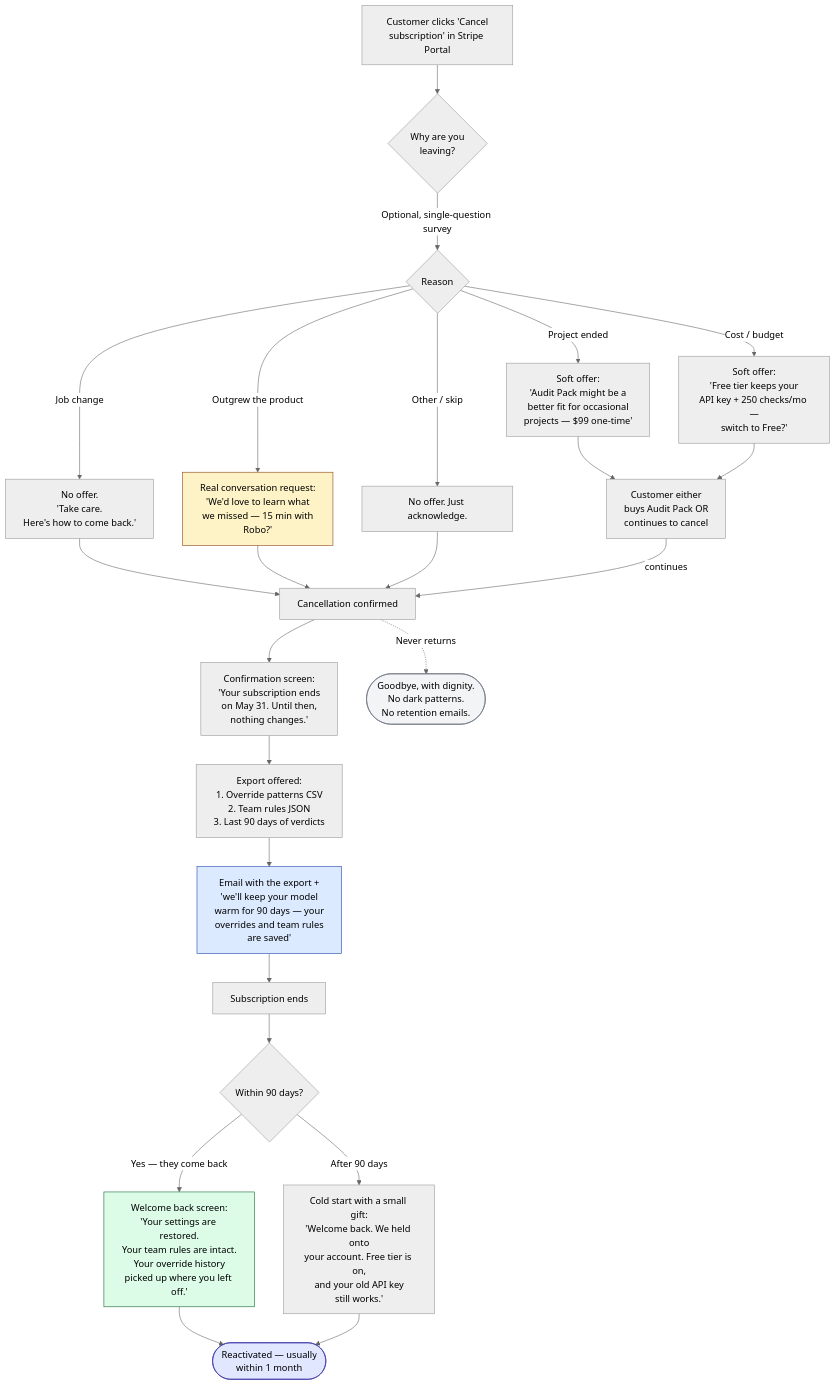
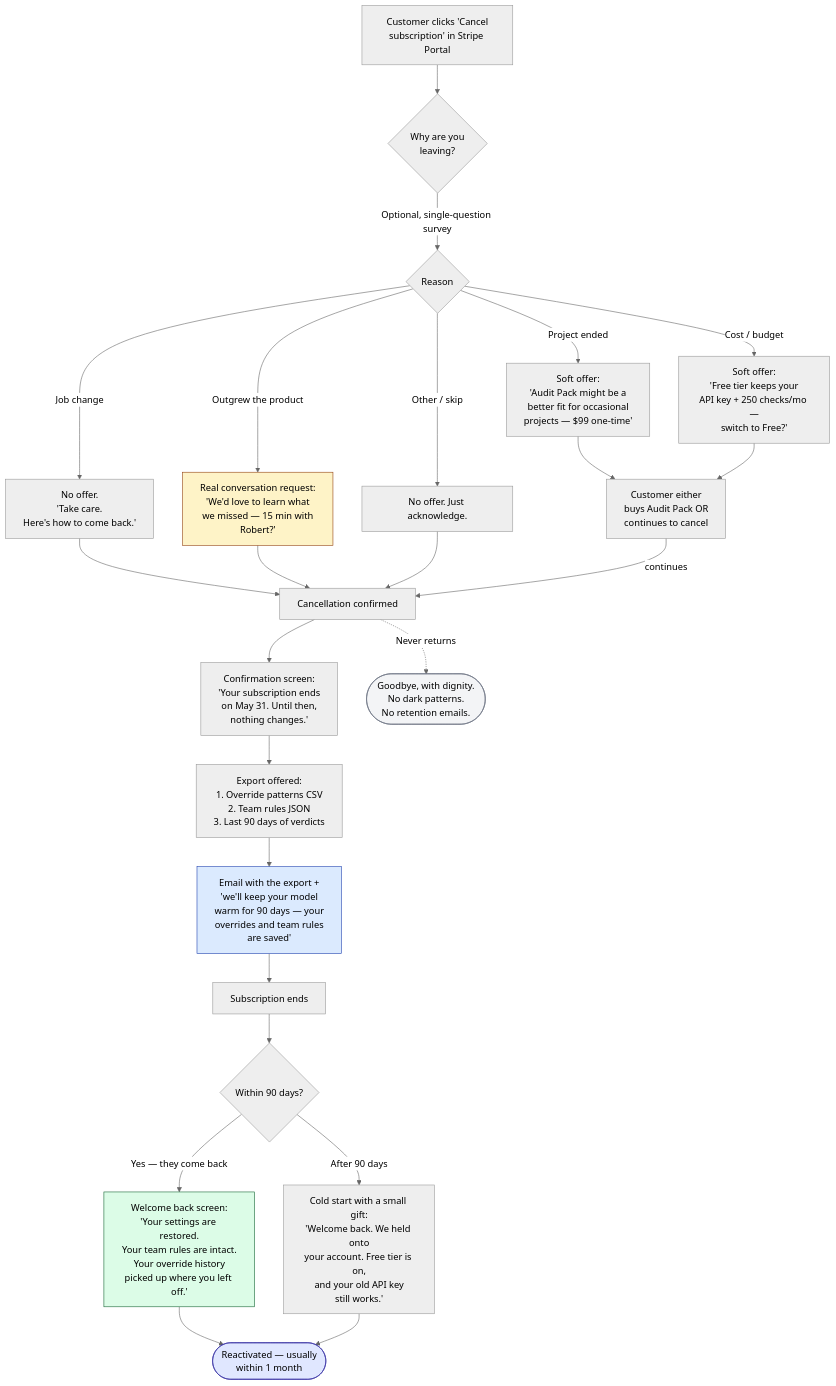
One commit to thenewforktimes/contentRX changed the fifth of 5 diagrams in customer-journey-diagrams-2026-04-26.md. Above: the diagram before and after it, drawn with Mermaid (neutral theme). The commit also changed other lines of this file and 72 other files, not shown here.

First line of the commit message:
fix(site): footer on dashboard, Robert (not Robo) + staff title, kill /dashboard/calibrate

````diff
--- a/customer-journey-diagrams-2026-04-26.md
+++ b/customer-journey-diagrams-2026-04-26.md
@@ -442,42 +442,42 @@
 ```mermaid
 flowchart TD
     A[Customer clicks 'Cancel<br/>subscription' in Stripe Portal] --> B{Why are you<br/>leaving?}
 
     B -->|Optional, single-question survey| C{Reason}
 
     C -->|Project ended| D1[Soft offer:<br/>'Audit Pack might be a<br/>better fit for occasional<br/>projects — $99 one-time']
     C -->|Cost / budget| D2[Soft offer:<br/>'Free tier keeps your<br/>API key + 250 checks/mo —<br/>switch to Free?']
     C -->|Job change| D3[No offer.<br/>'Take care.<br/>Here's how to come back.']
-    C -->|Outgrew the product| D4[Real conversation request:<br/>'We'd love to learn what<br/>we missed — 15 min with<br/>Robo?']
+    C -->|Outgrew the product| D4[Real conversation request:<br/>'We'd love to learn what<br/>we missed — 15 min with<br/>Robert?']
     C -->|Other / skip| D5[No offer. Just acknowledge.]
 
     D1 --> E[Customer either<br/>buys Audit Pack OR<br/>continues to cancel]
     D2 --> E
     D3 --> F[Cancellation confirmed]
     D4 --> F
     D5 --> F
     E -->|continues| F
 
     F --> G[Confirmation screen:<br/>'Your subscription ends<br/>on May 31. Until then,<br/>nothing changes.']
 
     G --> H[Export offered:<br/>1. Override patterns CSV<br/>2. Team rules JSON<br/>3. Last 90 days of verdicts]
 
     H --> I[Email with the export +<br/>'we'll keep your model<br/>warm for 90 days — your<br/>overrides and team rules<br/>are saved']
 
     I --> J[Subscription ends]
 
     J --> K{Within 90 days?}
     K -->|Yes — they come back| L[Welcome back screen:<br/>'Your settings are restored.<br/>Your team rules are intact.<br/>Your override history<br/>picked up where you left off.']
     K -->|After 90 days| M[Cold start with a small gift:<br/>'Welcome back. We held onto<br/>your account. Free tier is on,<br/>and your old API key<br/>still works.']
 
     L --> N([Reactivated — usually<br/>within 1 month])
     M --> N
 
     F -.->|Never returns| O([Goodbye, with dignity.<br/>No dark patterns.<br/>No retention emails.])
 
     style D4 fill:#fef3c7,stroke:#92400e
     style I fill:#dbeafe,stroke:#1e40af
     style L fill:#dcfce7,stroke:#166534
     style N fill:#e0e7ff,stroke:#3730a3
     style O fill:#f3f4f6,stroke:#6b7280
 ```
````
